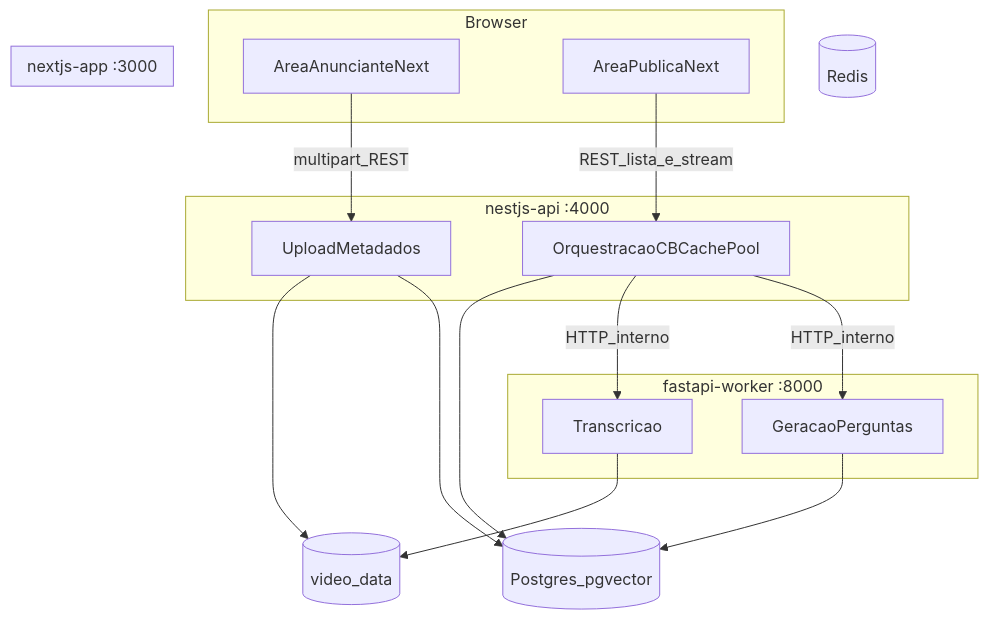
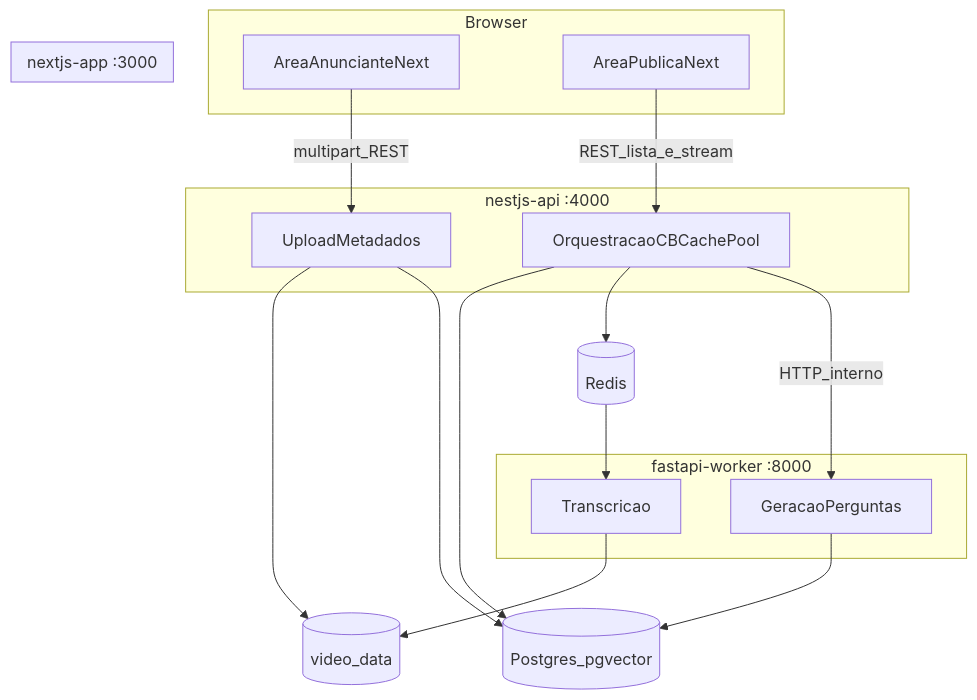
One commit to BertrandLira/EngSistDist---Projeto-Final changed the diagram in docs/README.md. Above: the diagram before and after it, drawn with Mermaid. The commit also changed other lines of this file and 43 other files, not shown here.

````diff
--- a/docs/README.md
+++ b/docs/README.md
@@ -81,31 +95,32 @@
 ```mermaid
 flowchart TB
   subgraph browser [Browser]
     Adv[AreaAnuncianteNext]
     Pub[AreaPublicaNext]
   end
   subgraph next [nextjs-app :3000]
     Adv
     Pub
   end
   subgraph nest [nestjs-api :4000]
     Upload[UploadMetadados]
     Orch[OrquestracaoCBCachePool]
   end
   subgraph worker [fastapi-worker :8000]
     Tr[Transcricao]
     Q[GeracaoPerguntas]
   end
   Vol[(video_data)]
   PG[(Postgres_pgvector)]
   Redis[(Redis)]
   Adv -->|multipart_REST| Upload
   Pub -->|REST_lista_e_stream| Orch
   Upload --> Vol
   Upload --> PG
   Tr --> Vol
   Q --> PG
   Orch --> PG
-  Orch -->|HTTP_interno| Tr
+  Orch --> Redis
+  Redis --> Tr
   Orch -->|HTTP_interno| Q
 ```
````
